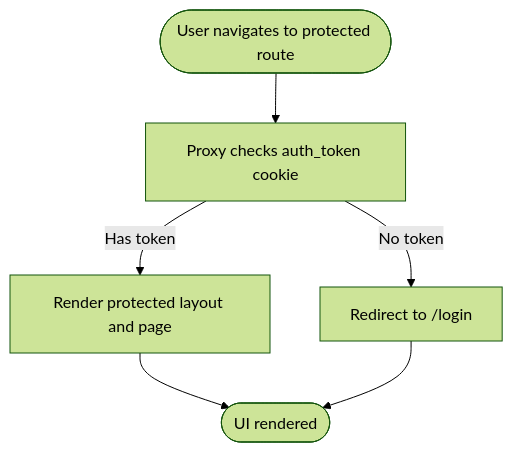
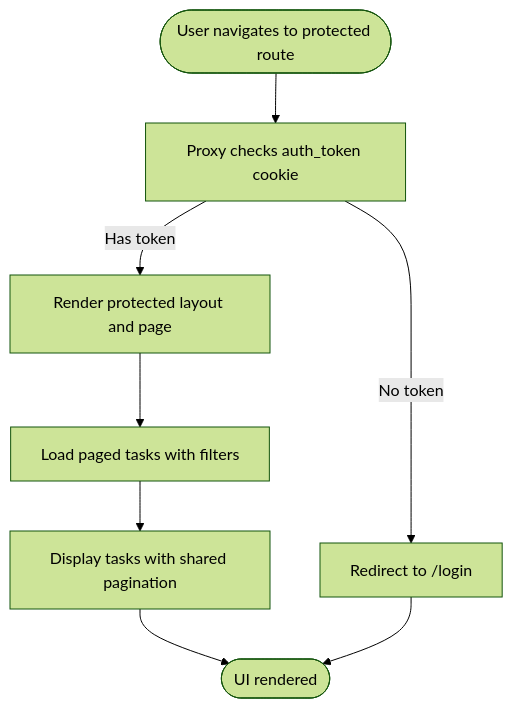
The fourth of 5 diagrams in .qoder/repowiki/en/content/Frontend Architecture/Frontend Architecture.md (jejejesus/TaskFlow), drawn with Mermaid (forest theme) before and after one commit. The commit also changed other lines of this file and 21 other files, not shown here.

````diff
--- a/.qoder/repowiki/en/content/Frontend Architecture/Frontend Architecture.md
+++ b/.qoder/repowiki/en/content/Frontend Architecture/Frontend Architecture.md
@@ -290,8 +376,10 @@
 ```mermaid
 flowchart TD
 Start(["User navigates to protected route"]) --> CheckToken["Proxy checks auth_token cookie"]
 CheckToken --> |No token| RedirectLogin["Redirect to /login"]
 CheckToken --> |Has token| RenderProtected["Render protected layout and page"]
-RenderProtected --> End(["UI rendered"])
+RenderProtected --> LoadTasks["Load paged tasks with filters"]
+LoadTasks --> DisplayTasks["Display tasks with shared pagination"]
+DisplayTasks --> End(["UI rendered"])
 RedirectLogin --> End
 ```
````
